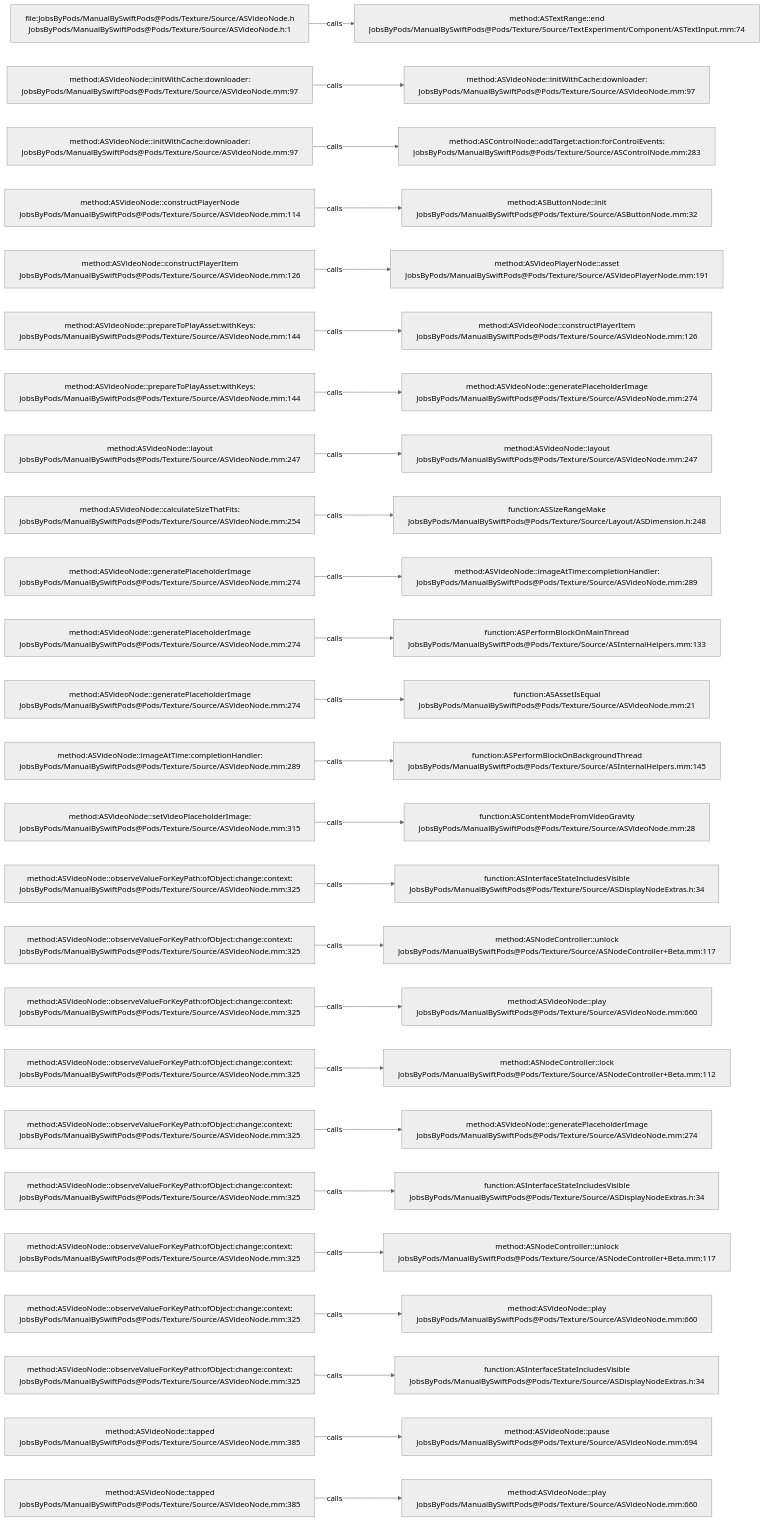
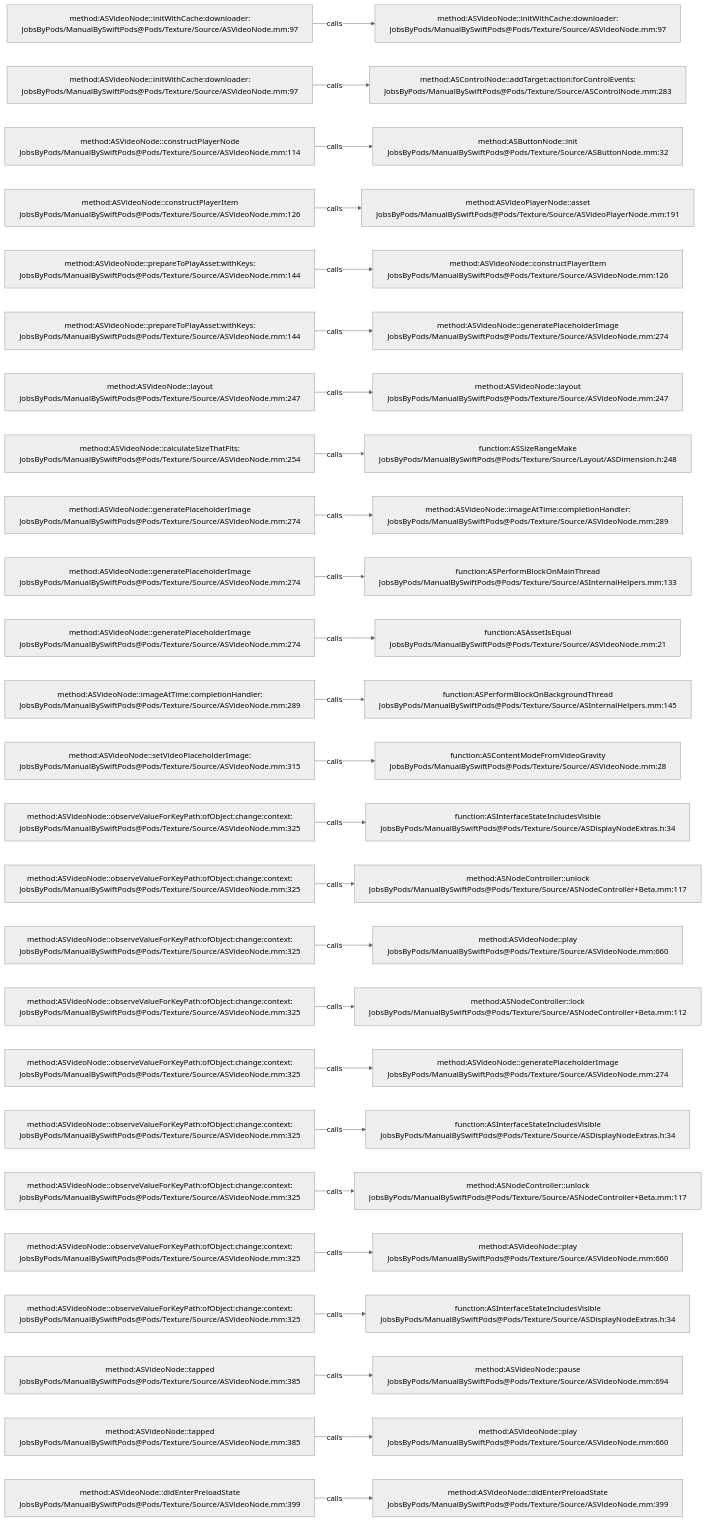
The diagram in .codegraph/codegraph.md/graphs/calls-074.md (JobsKits/JobsSwiftBaseConfigDemo), drawn with Mermaid (neutral theme) before and after one commit. The commit also changed 747 other files, not shown here.

````diff
--- a/.codegraph/codegraph.md/graphs/calls-074.md
+++ b/.codegraph/codegraph.md/graphs/calls-074.md
@@ -13,78 +13,78 @@
 ```mermaid
 flowchart LR
-  S1["file:JobsByPods/ManualBySwiftPods@Pods/Texture/Source/ASVideoNode.h<br/>JobsByPods/ManualBySwiftPods@Pods/Texture/Source/ASVideoNode.h:1"]
-  T1["method:ASTextRange::end<br/>JobsByPods/ManualBySwiftPods@Pods/Texture/Source/TextExperiment/Component/ASTextInput.mm:74"]
+  S1["method:ASVideoNode::initWithCache:downloader:<br/>JobsByPods/ManualBySwiftPods@Pods/Texture/Source/ASVideoNode.mm:97"]
+  T1["method:ASVideoNode::initWithCache:downloader:<br/>JobsByPods/ManualBySwiftPods@Pods/Texture/Source/ASVideoNode.mm:97"]
   S1 -->|calls| T1
   S2["method:ASVideoNode::initWithCache:downloader:<br/>JobsByPods/ManualBySwiftPods@Pods/Texture/Source/ASVideoNode.mm:97"]
-  T2["method:ASVideoNode::initWithCache:downloader:<br/>JobsByPods/ManualBySwiftPods@Pods/Texture/Source/ASVideoNode.mm:97"]
+  T2["method:ASControlNode::addTarget:action:forControlEvents:<br/>JobsByPods/ManualBySwiftPods@Pods/Texture/Source/ASControlNode.mm:283"]
   S2 -->|calls| T2
-  S3["method:ASVideoNode::initWithCache:downloader:<br/>JobsByPods/ManualBySwiftPods@Pods/Texture/Source/ASVideoNode.mm:97"]
-  T3["method:ASControlNode::addTarget:action:forControlEvents:<br/>JobsByPods/ManualBySwiftPods@Pods/Texture/Source/ASControlNode.mm:283"]
+  S3["method:ASVideoNode::constructPlayerNode<br/>JobsByPods/ManualBySwiftPods@Pods/Texture/Source/ASVideoNode.mm:114"]
+  T3["method:ASButtonNode::init<br/>JobsByPods/ManualBySwiftPods@Pods/Texture/Source/ASButtonNode.mm:32"]
   S3 -->|calls| T3
-  S4["method:ASVideoNode::constructPlayerNode<br/>JobsByPods/ManualBySwiftPods@Pods/Texture/Source/ASVideoNode.mm:114"]
-  T4["method:ASButtonNode::init<br/>JobsByPods/ManualBySwiftPods@Pods/Texture/Source/ASButtonNode.mm:32"]
+  S4["method:ASVideoNode::constructPlayerItem<br/>JobsByPods/ManualBySwiftPods@Pods/Texture/Source/ASVideoNode.mm:126"]
+  T4["method:ASVideoPlayerNode::asset<br/>JobsByPods/ManualBySwiftPods@Pods/Texture/Source/ASVideoPlayerNode.mm:191"]
   S4 -->|calls| T4
-  S5["method:ASVideoNode::constructPlayerItem<br/>JobsByPods/ManualBySwiftPods@Pods/Texture/Source/ASVideoNode.mm:126"]
-  T5["method:ASVideoPlayerNode::asset<br/>JobsByPods/ManualBySwiftPods@Pods/Texture/Source/ASVideoPlayerNode.mm:191"]
+  S5["method:ASVideoNode::prepareToPlayAsset:withKeys:<br/>JobsByPods/ManualBySwiftPods@Pods/Texture/Source/ASVideoNode.mm:144"]
+  T5["method:ASVideoNode::constructPlayerItem<br/>JobsByPods/ManualBySwiftPods@Pods/Texture/Source/ASVideoNode.mm:126"]
   S5 -->|calls| T5
   S6["method:ASVideoNode::prepareToPlayAsset:withKeys:<br/>JobsByPods/ManualBySwiftPods@Pods/Texture/Source/ASVideoNode.mm:144"]
-  T6["method:ASVideoNode::constructPlayerItem<br/>JobsByPods/ManualBySwiftPods@Pods/Texture/Source/ASVideoNode.mm:126"]
+  T6["method:ASVideoNode::generatePlaceholderImage<br/>JobsByPods/ManualBySwiftPods@Pods/Texture/Source/ASVideoNode.mm:274"]
   S6 -->|calls| T6
-  S7["method:ASVideoNode::prepareToPlayAsset:withKeys:<br/>JobsByPods/ManualBySwiftPods@Pods/Texture/Source/ASVideoNode.mm:144"]
-  T7["method:ASVideoNode::generatePlaceholderImage<br/>JobsByPods/ManualBySwiftPods@Pods/Texture/Source/ASVideoNode.mm:274"]
+  S7["method:ASVideoNode::layout<br/>JobsByPods/ManualBySwiftPods@Pods/Texture/Source/ASVideoNode.mm:247"]
+  T7["method:ASVideoNode::layout<br/>JobsByPods/ManualBySwiftPods@Pods/Texture/Source/ASVideoNode.mm:247"]
   S7 -->|calls| T7
-  S8["method:ASVideoNode::layout<br/>JobsByPods/ManualBySwiftPods@Pods/Texture/Source/ASVideoNode.mm:247"]
-  T8["method:ASVideoNode::layout<br/>JobsByPods/ManualBySwiftPods@Pods/Texture/Source/ASVideoNode.mm:247"]
+  S8["method:ASVideoNode::calculateSizeThatFits:<br/>JobsByPods/ManualBySwiftPods@Pods/Texture/Source/ASVideoNode.mm:254"]
+  T8["function:ASSizeRangeMake<br/>JobsByPods/ManualBySwiftPods@Pods/Texture/Source/Layout/ASDimension.h:248"]
   S8 -->|calls| T8
-  S9["method:ASVideoNode::calculateSizeThatFits:<br/>JobsByPods/ManualBySwiftPods@Pods/Texture/Source/ASVideoNode.mm:254"]
-  T9["function:ASSizeRangeMake<br/>JobsByPods/ManualBySwiftPods@Pods/Texture/Source/Layout/ASDimension.h:248"]
+  S9["method:ASVideoNode::generatePlaceholderImage<br/>JobsByPods/ManualBySwiftPods@Pods/Texture/Source/ASVideoNode.mm:274"]
+  T9["method:ASVideoNode::imageAtTime:completionHandler:<br/>JobsByPods/ManualBySwiftPods@Pods/Texture/Source/ASVideoNode.mm:289"]
   S9 -->|calls| T9
   S10["method:ASVideoNode::generatePlaceholderImage<br/>JobsByPods/ManualBySwiftPods@Pods/Texture/Source/ASVideoNode.mm:274"]
-  T10["method:ASVideoNode::imageAtTime:completionHandler:<br/>JobsByPods/ManualBySwiftPods@Pods/Texture/Source/ASVideoNode.mm:289"]
+  T10["function:ASPerformBlockOnMainThread<br/>JobsByPods/ManualBySwiftPods@Pods/Texture/Source/ASInternalHelpers.mm:133"]
   S10 -->|calls| T10
   S11["method:ASVideoNode::generatePlaceholderImage<br/>JobsByPods/ManualBySwiftPods@Pods/Texture/Source/ASVideoNode.mm:274"]
-  T11["function:ASPerformBlockOnMainThread<br/>JobsByPods/ManualBySwiftPods@Pods/Texture/Source/ASInternalHelpers.mm:133"]
+  T11["function:ASAssetIsEqual<br/>JobsByPods/ManualBySwiftPods@Pods/Texture/Source/ASVideoNode.mm:21"]
   S11 -->|calls| T11
-  S12["method:ASVideoNode::generatePlaceholderImage<br/>JobsByPods/ManualBySwiftPods@Pods/Texture/Source/ASVideoNode.mm:274"]
-  T12["function:ASAssetIsEqual<br/>JobsByPods/ManualBySwiftPods@Pods/Texture/Source/ASVideoNode.mm:21"]
+  S12["method:ASVideoNode::imageAtTime:completionHandler:<br/>JobsByPods/ManualBySwiftPods@Pods/Texture/Source/ASVideoNode.mm:289"]
+  T12["function:ASPerformBlockOnBackgroundThread<br/>JobsByPods/ManualBySwiftPods@Pods/Texture/Source/ASInternalHelpers.mm:145"]
   S12 -->|calls| T12
-  S13["method:ASVideoNode::imageAtTime:completionHandler:<br/>JobsByPods/ManualBySwiftPods@Pods/Texture/Source/ASVideoNode.mm:289"]
-  T13["function:ASPerformBlockOnBackgroundThread<br/>JobsByPods/ManualBySwiftPods@Pods/Texture/Source/ASInternalHelpers.mm:145"]
+  S13["method:ASVideoNode::setVideoPlaceholderImage:<br/>JobsByPods/ManualBySwiftPods@Pods/Texture/Source/ASVideoNode.mm:315"]
+  T13["function:ASContentModeFromVideoGravity<br/>JobsByPods/ManualBySwiftPods@Pods/Texture/Source/ASVideoNode.mm:28"]
   S13 -->|calls| T13
-  S14["method:ASVideoNode::setVideoPlaceholderImage:<br/>JobsByPods/ManualBySwiftPods@Pods/Texture/Source/ASVideoNode.mm:315"]
-  T14["function:ASContentModeFromVideoGravity<br/>JobsByPods/ManualBySwiftPods@Pods/Texture/Source/ASVideoNode.mm:28"]
+  S14["method:ASVideoNode::observeValueForKeyPath:ofObject:change:context:<br/>JobsByPods/ManualBySwiftPods@Pods/Texture/Source/ASVideoNode.mm:325"]
+  T14["function:ASInterfaceStateIncludesVisible<br/>JobsByPods/ManualBySwiftPods@Pods/Texture/Source/ASDisplayNodeExtras.h:34"]
   S14 -->|calls| T14
   S15["method:ASVideoNode::observeValueForKeyPath:ofObject:change:context:<br/>JobsByPods/ManualBySwiftPods@Pods/Texture/Source/ASVideoNode.mm:325"]
-  T15["function:ASInterfaceStateIncludesVisible<br/>JobsByPods/ManualBySwiftPods@Pods/Texture/Source/ASDisplayNodeExtras.h:34"]
+  T15["method:ASNodeController::unlock<br/>JobsByPods/ManualBySwiftPods@Pods/Texture/Source/ASNodeController+Beta.mm:117"]
   S15 -->|calls| T15
   S16["method:ASVideoNode::observeValueForKeyPath:ofObject:change:context:<br/>JobsByPods/ManualBySwiftPods@Pods/Texture/Source/ASVideoNode.mm:325"]
-  T16["method:ASNodeController::unlock<br/>JobsByPods/ManualBySwiftPods@Pods/Texture/Source/ASNodeController+Beta.mm:117"]
+  T16["method:ASVideoNode::play<br/>JobsByPods/ManualBySwiftPods@Pods/Texture/Source/ASVideoNode.mm:660"]
   S16 -->|calls| T16
   S17["method:ASVideoNode::observeValueForKeyPath:ofObject:change:context:<br/>JobsByPods/ManualBySwiftPods@Pods/Texture/Source/ASVideoNode.mm:325"]
-  T17["method:ASVideoNode::play<br/>JobsByPods/ManualBySwiftPods@Pods/Texture/Source/ASVideoNode.mm:660"]
+  T17["method:ASNodeController::lock<br/>JobsByPods/ManualBySwiftPods@Pods/Texture/Source/ASNodeController+Beta.mm:112"]
   S17 -->|calls| T17
   S18["method:ASVideoNode::observeValueForKeyPath:ofObject:change:context:<br/>JobsByPods/ManualBySwiftPods@Pods/Texture/Source/ASVideoNode.mm:325"]
-  T18["method:ASNodeController::lock<br/>JobsByPods/ManualBySwiftPods@Pods/Texture/Source/ASNodeController+Beta.mm:112"]
+  T18["method:ASVideoNode::generatePlaceholderImage<br/>JobsByPods/ManualBySwiftPods@Pods/Texture/Source/ASVideoNode.mm:274"]
   S18 -->|calls| T18
   S19["method:ASVideoNode::observeValueForKeyPath:ofObject:change:context:<br/>JobsByPods/ManualBySwiftPods@Pods/Texture/Source/ASVideoNode.mm:325"]
-  T19["method:ASVideoNode::generatePlaceholderImage<br/>JobsByPods/ManualBySwiftPods@Pods/Texture/Source/ASVideoNode.mm:274"]
+  T19["function:ASInterfaceStateIncludesVisible<br/>JobsByPods/ManualBySwiftPods@Pods/Texture/Source/ASDisplayNodeExtras.h:34"]
   S19 -->|calls| T19
   S20["method:ASVideoNode::observeValueForKeyPath:ofObject:change:context:<br/>JobsByPods/ManualBySwiftPods@Pods/Texture/Source/ASVideoNode.mm:325"]
-  T20["function:ASInterfaceStateIncludesVisible<br/>JobsByPods/ManualBySwiftPods@Pods/Texture/Source/ASDisplayNodeExtras.h:34"]
+  T20["method:ASNodeController::unlock<br/>JobsByPods/ManualBySwiftPods@Pods/Texture/Source/ASNodeController+Beta.mm:117"]
   S20 -->|calls| T20
   S21["method:ASVideoNode::observeValueForKeyPath:ofObject:change:context:<br/>JobsByPods/ManualBySwiftPods@Pods/Texture/Source/ASVideoNode.mm:325"]
-  T21["method:ASNodeController::unlock<br/>JobsByPods/ManualBySwiftPods@Pods/Texture/Source/ASNodeController+Beta.mm:117"]
+  T21["method:ASVideoNode::play<br/>JobsByPods/ManualBySwiftPods@Pods/Texture/Source/ASVideoNode.mm:660"]
   S21 -->|calls| T21
   S22["method:ASVideoNode::observeValueForKeyPath:ofObject:change:context:<br/>JobsByPods/ManualBySwiftPods@Pods/Texture/Source/ASVideoNode.mm:325"]
-  T22["method:ASVideoNode::play<br/>JobsByPods/ManualBySwiftPods@Pods/Texture/Source/ASVideoNode.mm:660"]
+  T22["function:ASInterfaceStateIncludesVisible<br/>JobsByPods/ManualBySwiftPods@Pods/Texture/Source/ASDisplayNodeExtras.h:34"]
   S22 -->|calls| T22
-  S23["method:ASVideoNode::observeValueForKeyPath:ofObject:change:context:<br/>JobsByPods/ManualBySwiftPods@Pods/Texture/Source/ASVideoNode.mm:325"]
-  T23["function:ASInterfaceStateIncludesVisible<br/>JobsByPods/ManualBySwiftPods@Pods/Texture/Source/ASDisplayNodeExtras.h:34"]
+  S23["method:ASVideoNode::tapped<br/>JobsByPods/ManualBySwiftPods@Pods/Texture/Source/ASVideoNode.mm:385"]
+  T23["method:ASVideoNode::pause<br/>JobsByPods/ManualBySwiftPods@Pods/Texture/Source/ASVideoNode.mm:694"]
   S23 -->|calls| T23
   S24["method:ASVideoNode::tapped<br/>JobsByPods/ManualBySwiftPods@Pods/Texture/Source/ASVideoNode.mm:385"]
-  T24["method:ASVideoNode::pause<br/>JobsByPods/ManualBySwiftPods@Pods/Texture/Source/ASVideoNode.mm:694"]
+  T24["method:ASVideoNode::play<br/>JobsByPods/ManualBySwiftPods@Pods/Texture/Source/ASVideoNode.mm:660"]
   S24 -->|calls| T24
-  S25["method:ASVideoNode::tapped<br/>JobsByPods/ManualBySwiftPods@Pods/Texture/Source/ASVideoNode.mm:385"]
-  T25["method:ASVideoNode::play<br/>JobsByPods/ManualBySwiftPods@Pods/Texture/Source/ASVideoNode.mm:660"]
+  S25["method:ASVideoNode::didEnterPreloadState<br/>JobsByPods/ManualBySwiftPods@Pods/Texture/Source/ASVideoNode.mm:399"]
+  T25["method:ASVideoNode::didEnterPreloadState<br/>JobsByPods/ManualBySwiftPods@Pods/Texture/Source/ASVideoNode.mm:399"]
   S25 -->|calls| T25
 ```
````
